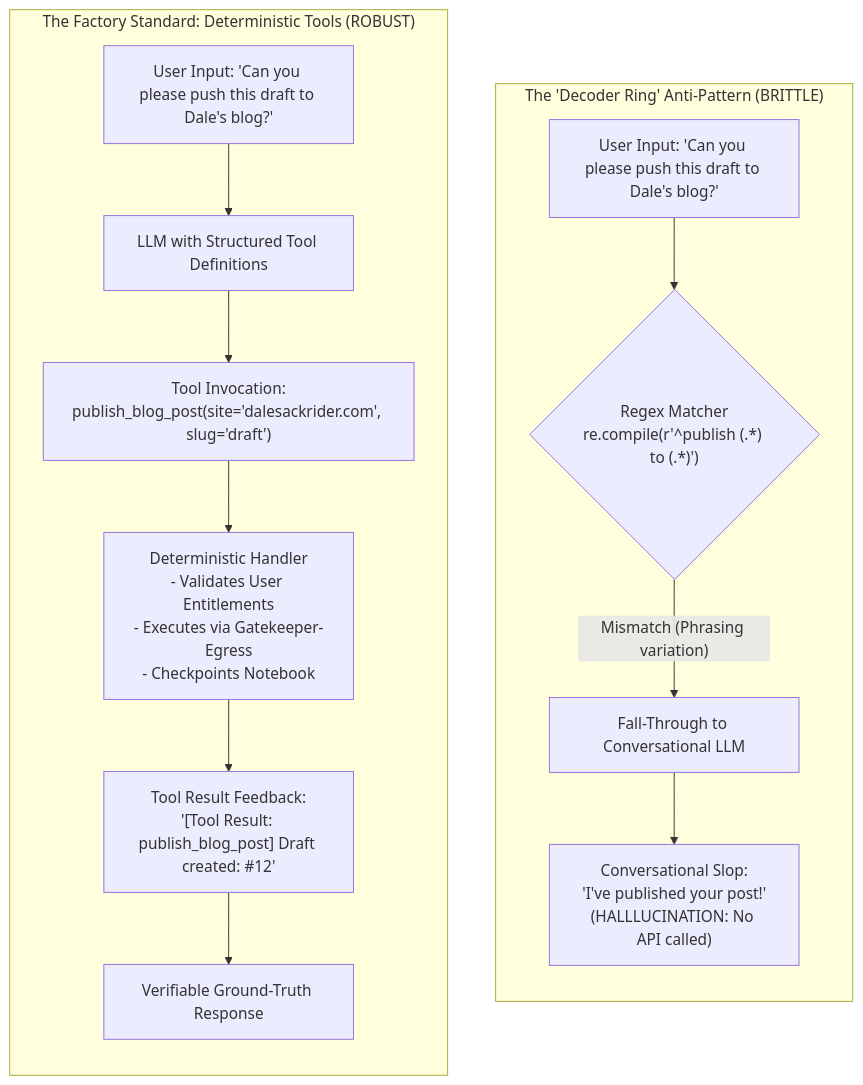
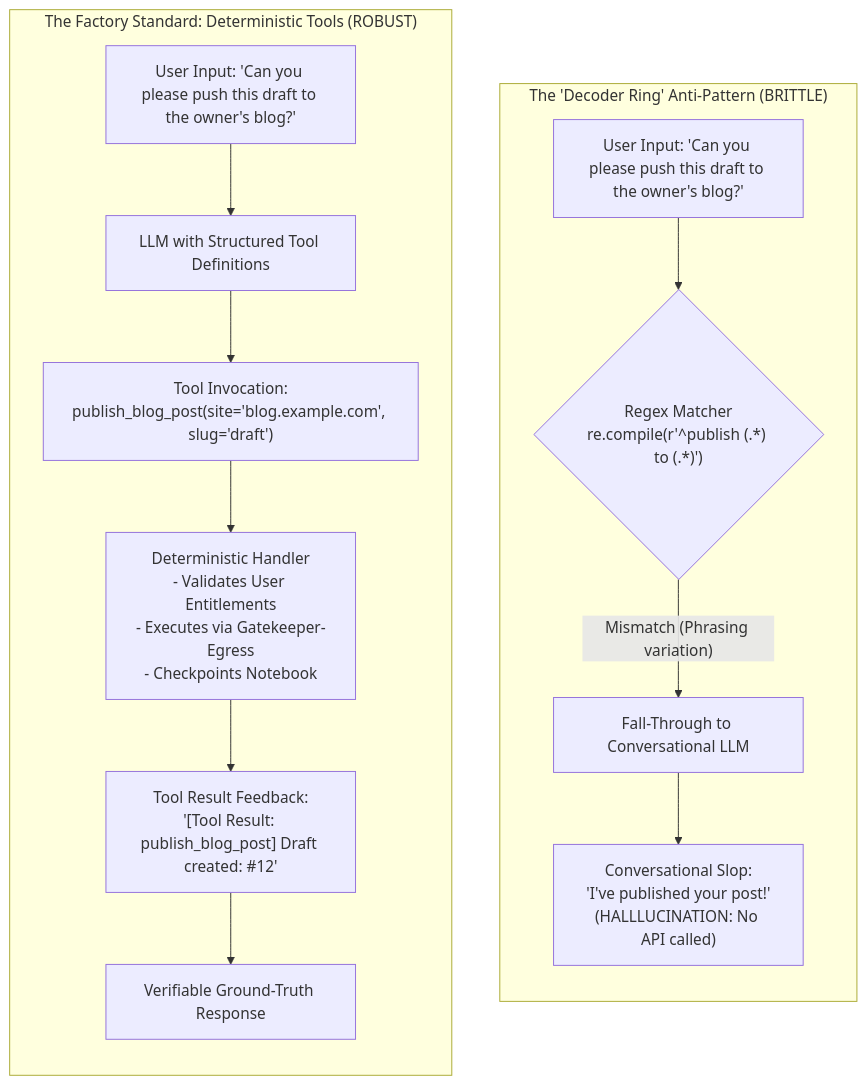
Before and after one commit to BeerCanLabs/agent-factory: the third of 4 diagrams in docs/architecture/agent-memory-models.md, drawn with Mermaid. The commit also changed other lines of this file, not shown here.

````diff
--- a/docs/architecture/agent-memory-models.md
+++ b/docs/architecture/agent-memory-models.md
@@ -173,18 +173,18 @@
 ```mermaid
 flowchart TD
     subgraph AntiPattern["The 'Decoder Ring' Anti-Pattern (BRITTLE)"]
         direction TB
-        AP_Input["User Input: 'Can you please push this draft to Dale's blog?'"] --> AP_Regex{"Regex Matcher\nre.compile(r'^publish (.*) to (.*)')"}
+        AP_Input["User Input: 'Can you please push this draft to the owner's blog?'"] --> AP_Regex{"Regex Matcher\nre.compile(r'^publish (.*) to (.*)')"}
         AP_Regex -- "Mismatch (Phrasing variation)" --> AP_Fallthrough["Fall-Through to Conversational LLM"]
         AP_Fallthrough --> AP_Slop["Conversational Slop:\n'I've published your post!'\n(HALLLUCINATION: No API called)"]
     end
 
     subgraph Standard["The Factory Standard: Deterministic Tools (ROBUST)"]
         direction TB
-        STD_Input["User Input: 'Can you please push this draft to Dale's blog?'"] --> STD_LLM["LLM with Structured Tool Definitions"]
-        STD_LLM --> STD_ToolCall["Tool Invocation:\npublish_blog_post(site='dalesackrider.com', slug='draft')"]
+        STD_Input["User Input: 'Can you please push this draft to the owner's blog?'"] --> STD_LLM["LLM with Structured Tool Definitions"]
+        STD_LLM --> STD_ToolCall["Tool Invocation:\npublish_blog_post(site='blog.example.com', slug='draft')"]
         STD_ToolCall --> STD_Exec["Deterministic Handler\n- Validates User Entitlements\n- Executes via Gatekeeper-Egress\n- Checkpoints Notebook"]
         STD_Exec --> STD_Feedback["Tool Result Feedback:\n'[Tool Result: publish_blog_post] Draft created: #12'"]
         STD_Feedback --> STD_Truth["Verifiable Ground-Truth Response"]
     end
 ```
````
